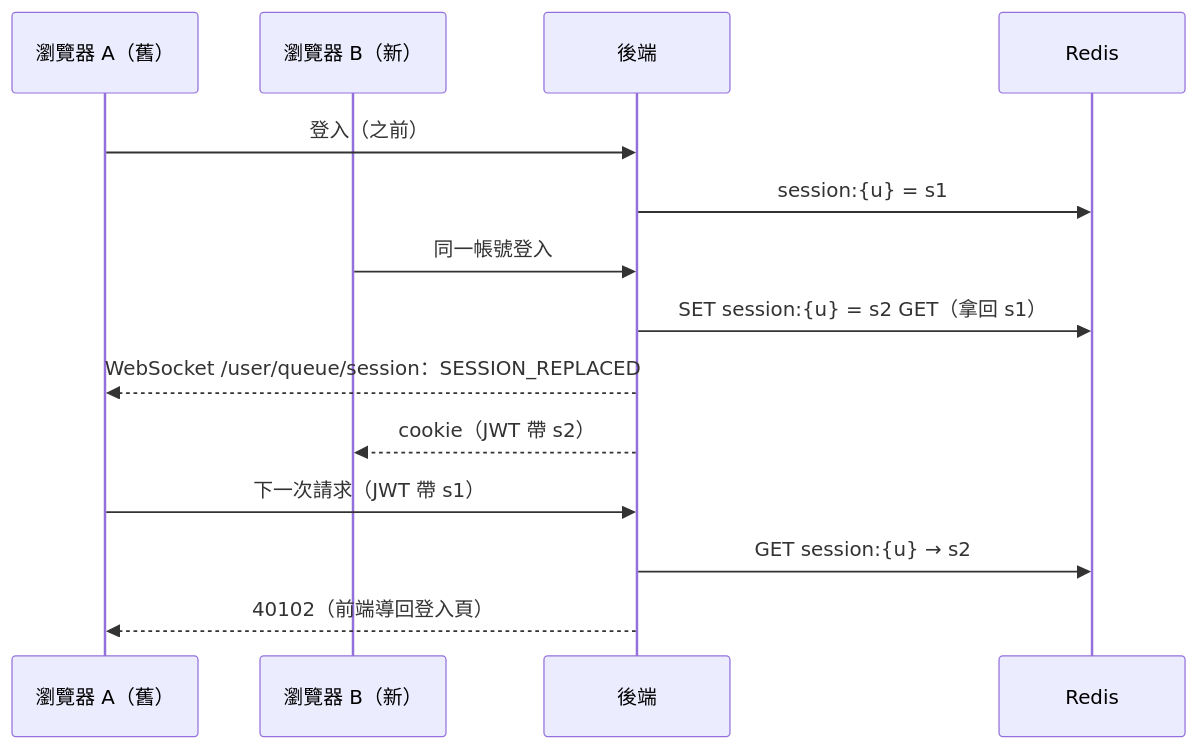
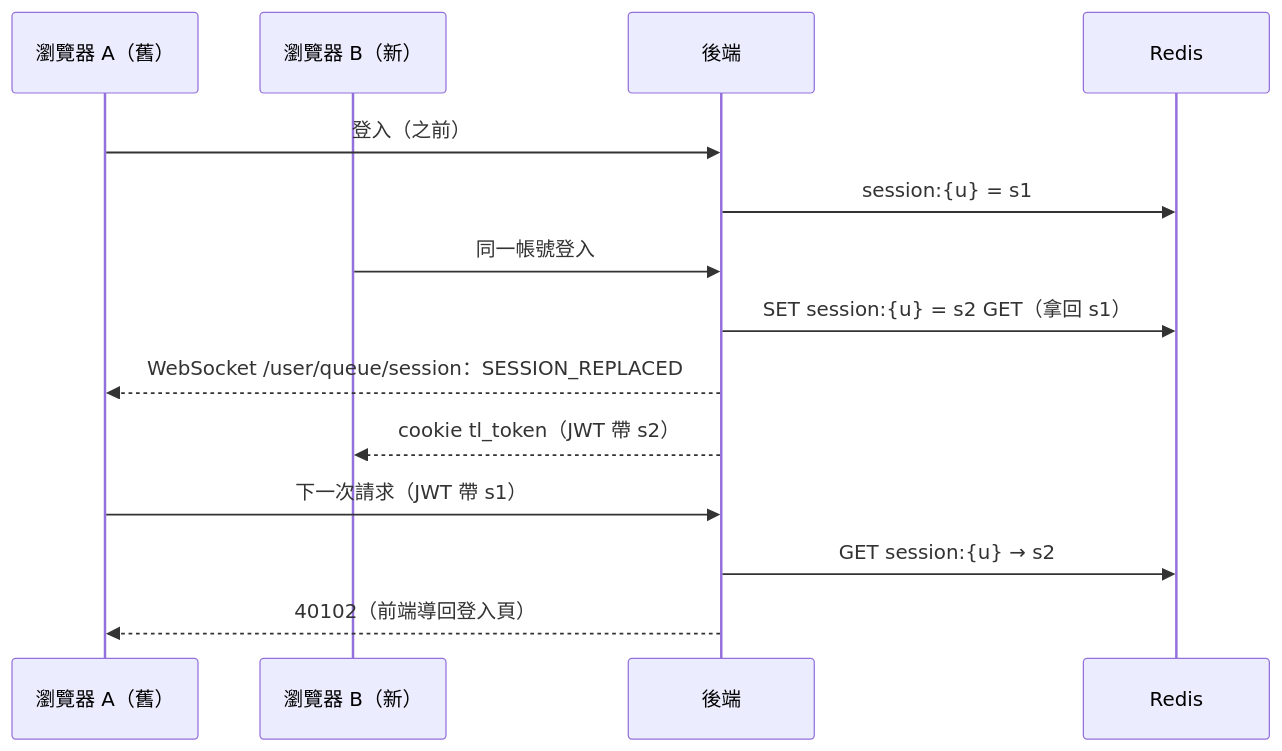
Before and after one commit to rain-sc/30-lab: the eighth of 10 diagrams in docs/learning/project-workflow.md, drawn with Mermaid. The commit also changed other lines of this file and 34 other files, not shown here.

````diff
--- a/docs/learning/project-workflow.md
+++ b/docs/learning/project-workflow.md
@@ -242,17 +299,17 @@
 ```mermaid
 sequenceDiagram
     participant A as 瀏覽器 A（舊）
     participant B as 瀏覽器 B（新）
     participant API as 後端
     participant R as Redis
 
     A->>API: 登入（之前）
     API->>R: session:{u} = s1
     B->>API: 同一帳號登入
     API->>R: SET session:{u} = s2 GET（拿回 s1）
     API-->>A: WebSocket /user/queue/session：SESSION_REPLACED
-    API-->>B: cookie（JWT 帶 s2）
+    API-->>B: cookie tl_token（JWT 帶 s2）
     A->>API: 下一次請求（JWT 帶 s1）
     API->>R: GET session:{u} → s2
     API-->>A: 40102（前端導回登入頁）
 ```
````
